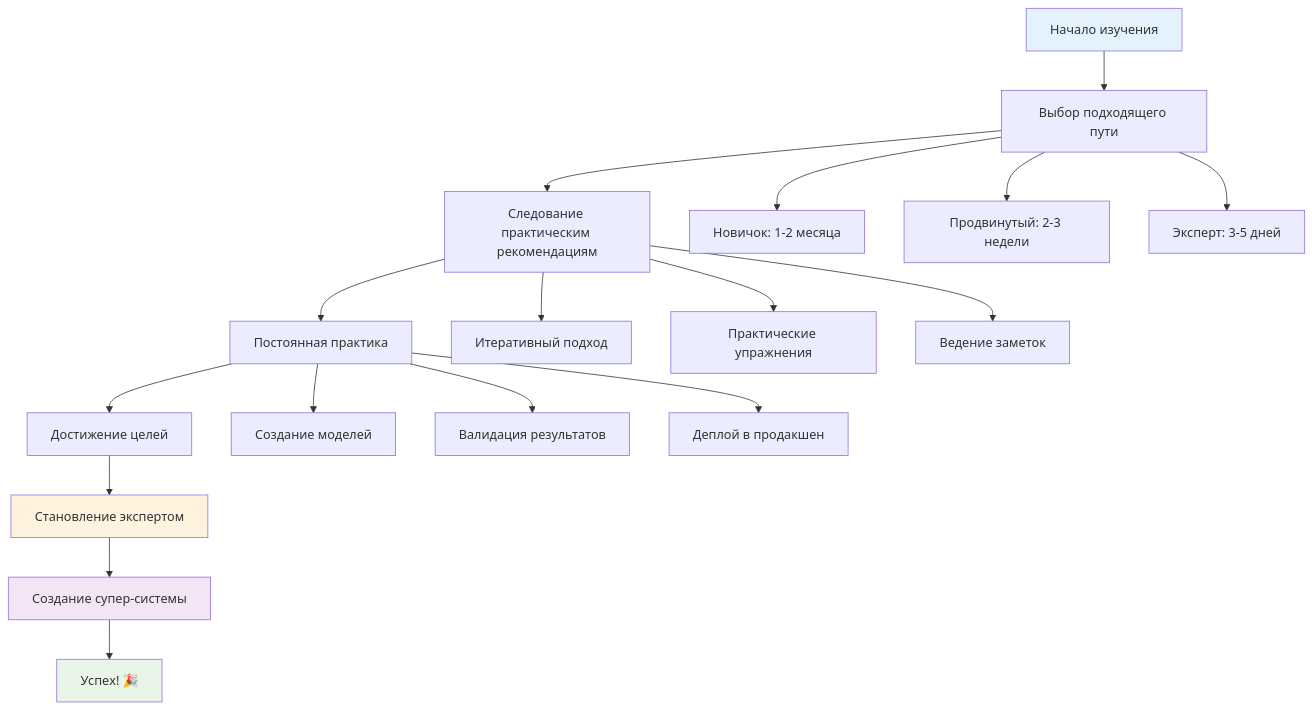
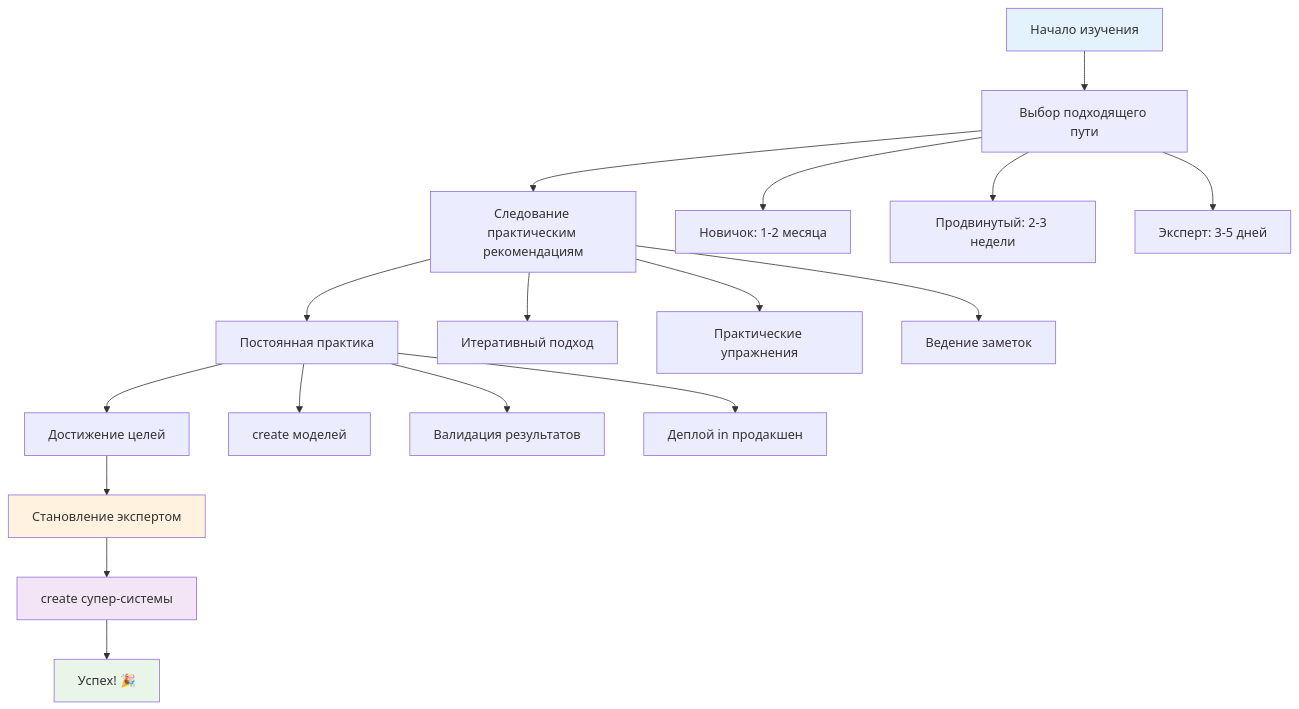
One commit to NeoZorK/neozork-hld-prediction changed the eighth of 8 diagrams in docs/automl/gluon/25_reading_guide.md. Above: the diagram before and after it, drawn with Mermaid. The commit also changed other lines of this file and 19 other files, not shown here.

````diff
--- a/docs/automl/gluon/25_reading_guide.md
+++ b/docs/automl/gluon/25_reading_guide.md
@@ -1602,27 +1602,27 @@
 ```mermaid
 graph TD
-    A[Начало изучения] --> B[Выбор подходящего пути]
-    B --> C[Следование практическим рекомендациям]
-    C --> D[Постоянная практика]
-    D --> E[Достижение целей]
-    E --> F[Становление экспертом]
-    F --> G[Создание супер-системы]
-    G --> H[Успех! 🎉]
-    
-    B --> B1[Новичок: 1-2 месяца]
-    B --> B2[Продвинутый: 2-3 недели]
-    B --> B3[Эксперт: 3-5 дней]
-    
-    C --> C1[Итеративный подход]
-    C --> C2[Практические упражнения]
-    C --> C3[Ведение заметок]
-    
-    D --> D1[Создание моделей]
-    D --> D2[Валидация результатов]
-    D --> D3[Деплой в продакшен]
-    
-    style A fill:#e3f2fd
-    style H fill:#e8f5e8
-    style F fill:#fff3e0
-    style G fill:#f3e5f5
+ A[Начало изучения] --> B[Выбор подходящего пути]
+ B --> C[Следование практическим рекомендациям]
+ C --> D[Постоянная практика]
+ D --> E[Достижение целей]
+ E --> F[Становление экспертом]
+ F --> G[create супер-системы]
+ G --> H[Успех! 🎉]
+
+ B --> B1[Новичок: 1-2 месяца]
+ B --> B2[Продвинутый: 2-3 недели]
+ B --> B3[Эксперт: 3-5 дней]
+
+ C --> C1[Итеративный подход]
+ C --> C2[Практические упражнения]
+ C --> C3[Ведение заметок]
+
+ D --> D1[create моделей]
+ D --> D2[Валидация результатов]
+ D --> D3[Деплой in продакшен]
+
+ style A fill:#e3f2fd
+ style H fill:#e8f5e8
+ style F fill:#fff3e0
+ style G fill:#f3e5f5
 ```
````
